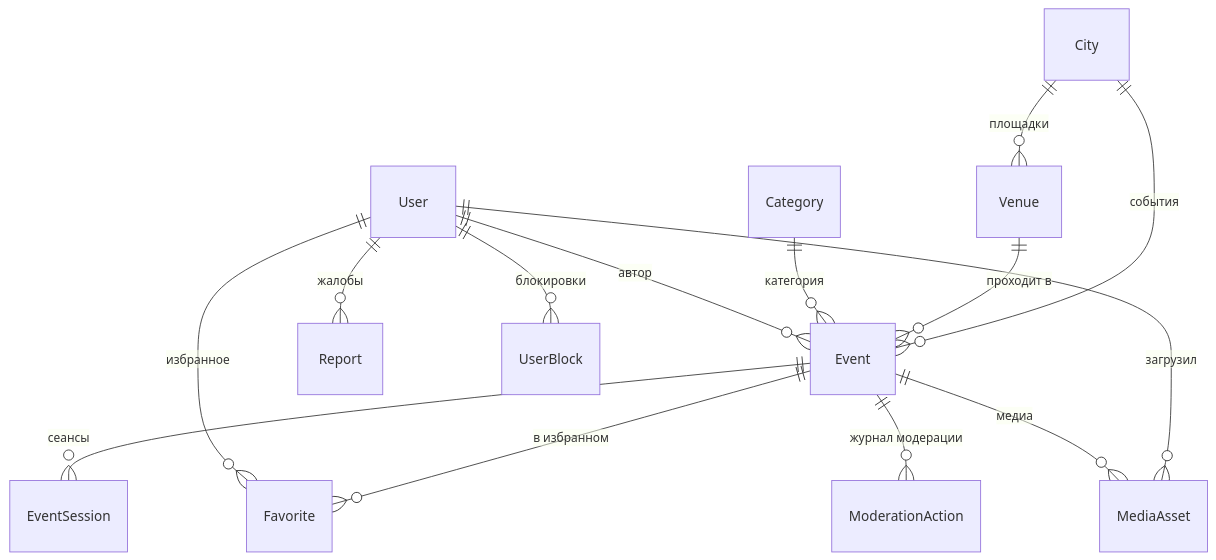
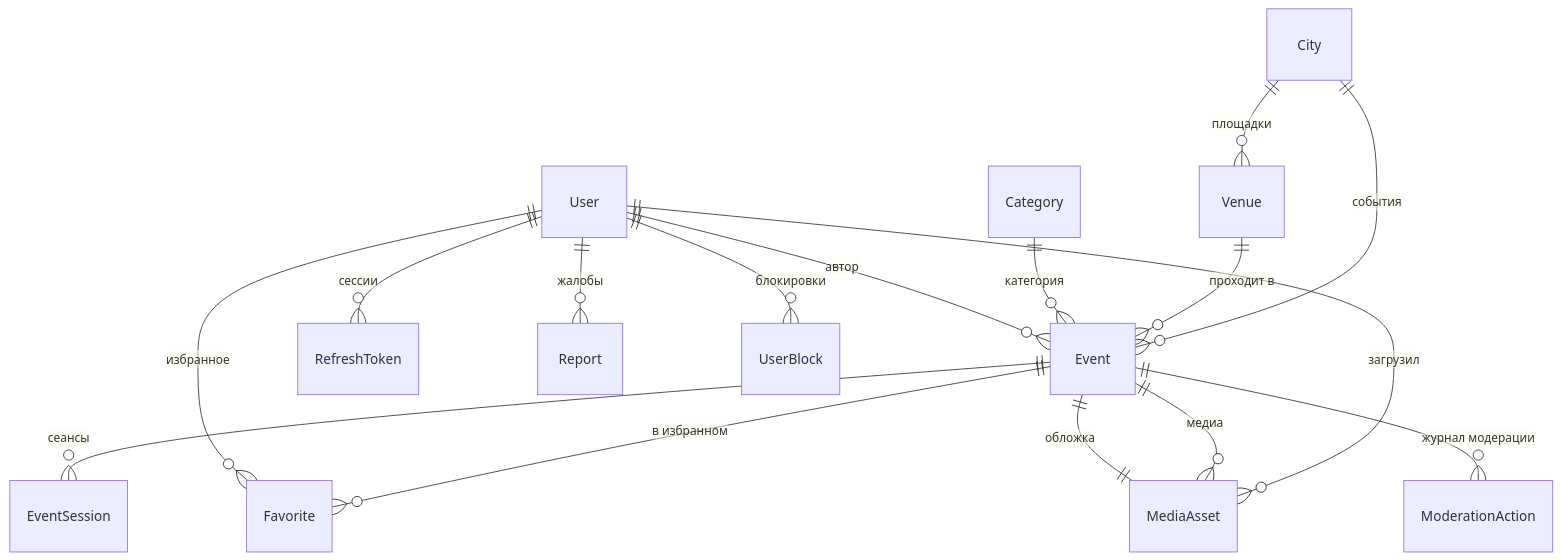
Before and after one commit to ArtKira31/onwave: the diagram in docs/domain.md, drawn with Mermaid. The commit also changed other lines of this file, not shown here.

````diff
--- a/docs/domain.md
+++ b/docs/domain.md
@@ -16,16 +27,18 @@
 ```mermaid
 erDiagram
     City ||--o{ Venue : "площадки"
     City ||--o{ Event : "события"
     Venue ||--o{ Event : "проходит в"
     Category ||--o{ Event : "категория"
     User ||--o{ Event : "автор"
+    User ||--o{ RefreshToken : "сессии"
     Event ||--o{ EventSession : "сеансы"
     Event ||--o{ Favorite : "в избранном"
     User ||--o{ Favorite : "избранное"
     User ||--o{ MediaAsset : "загрузил"
     Event ||--o{ MediaAsset : "медиа"
+    Event ||--|| MediaAsset : "обложка"
     User ||--o{ Report : "жалобы"
     User ||--o{ UserBlock : "блокировки"
     Event ||--o{ ModerationAction : "журнал модерации"
 ```
````
